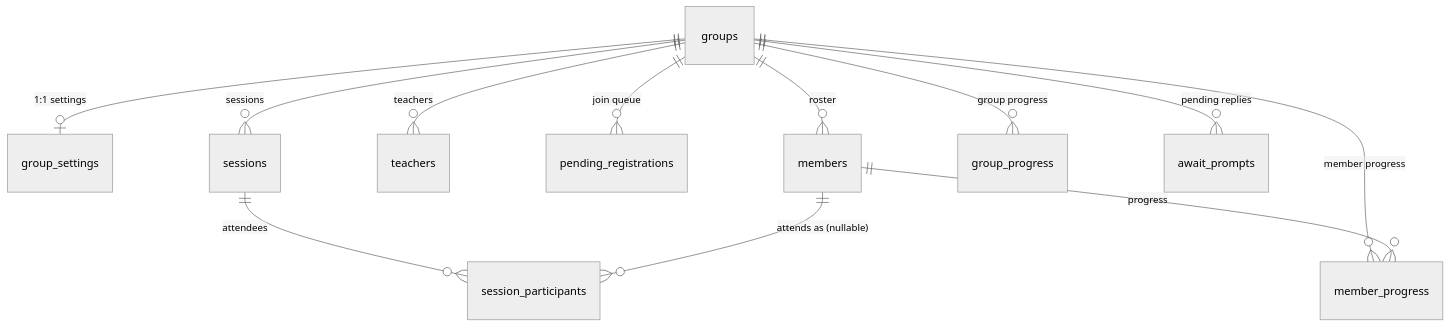
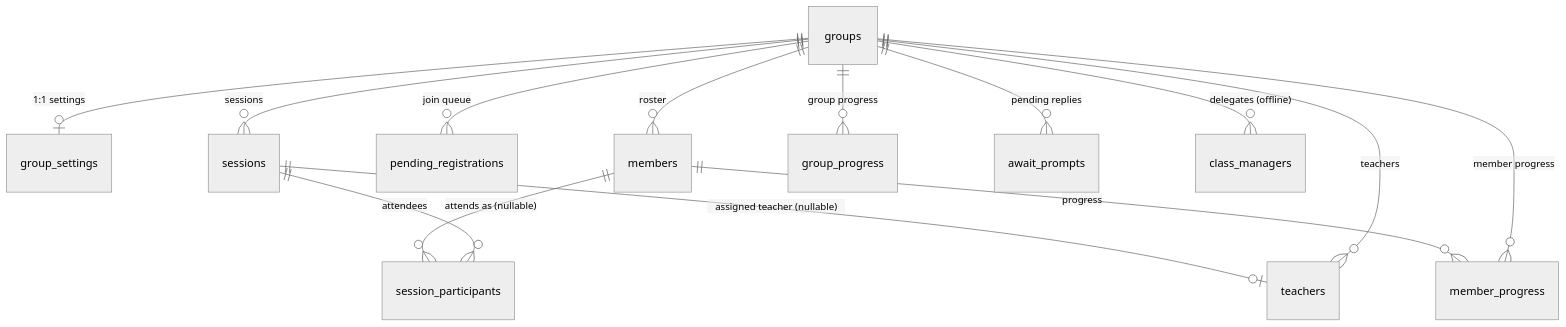
Before and after one commit to neveenatik/telegram-bot-deen_circles_attendance_bot: the first of 12 diagrams in docs/bot-flows.md, drawn with Mermaid (neutral theme). The commit also changed other lines of this file and 4 other files, not shown here.

````diff
--- a/docs/bot-flows.md
+++ b/docs/bot-flows.md
@@ -35,15 +37,17 @@
 ```mermaid
 erDiagram
     groups ||--o| group_settings : "1:1 settings"
     groups ||--o{ members : "roster"
     groups ||--o{ teachers : "teachers"
     groups ||--o{ pending_registrations : "join queue"
     groups ||--o{ sessions : "sessions"
     groups ||--o{ member_progress : "member progress"
     groups ||--o{ group_progress : "group progress"
     groups ||--o{ await_prompts : "pending replies"
+    groups ||--o{ class_managers : "delegates (offline)"
 
     sessions ||--o{ session_participants : "attendees"
+    sessions ||--o| teachers : "assigned teacher (nullable)"
     members  ||--o{ session_participants : "attends as (nullable)"
     members  ||--o{ member_progress : "progress"
 ```
````
